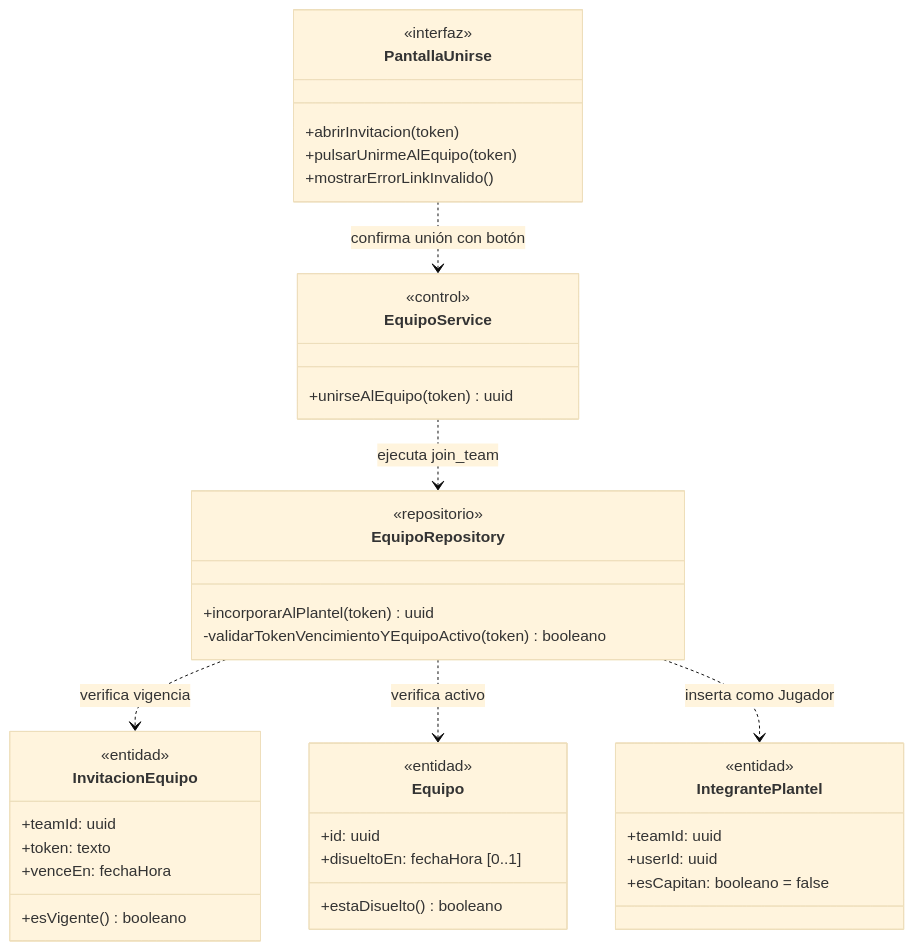
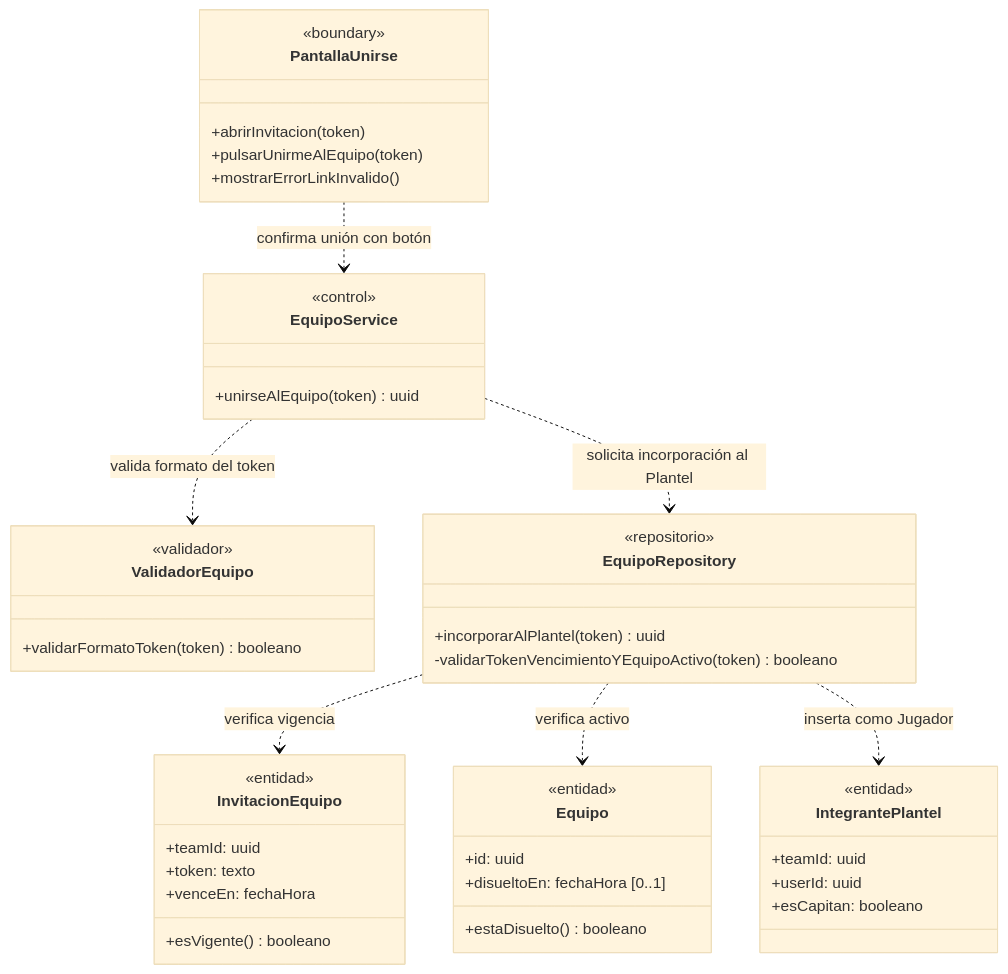
One commit to nicqletal/torneos-scraper changed the fourth of 11 diagrams in docs/diagramas-de-clase/equipos.md. Above: the diagram before and after it, drawn with Mermaid (base theme). The commit also changed other lines of this file and 12 other files, not shown here.

Commit message:
Correcion Diagramas de Clase

````diff
--- a/docs/diagramas-de-clase/equipos.md
+++ b/docs/diagramas-de-clase/equipos.md
@@ -327,43 +266,48 @@
 ```mermaid
 classDiagram
 direction TB
 class PantallaUnirse {
-  <<interfaz>>
+  <<boundary>>
   +abrirInvitacion(token)
   +pulsarUnirmeAlEquipo(token)
   +mostrarErrorLinkInvalido()
 }
 class EquipoService {
   <<control>>
   +unirseAlEquipo(token) uuid
+}
+class ValidadorEquipo {
+  <<validador>>
+  +validarFormatoToken(token) booleano
 }
 class EquipoRepository {
   <<repositorio>>
   +incorporarAlPlantel(token) uuid
   -validarTokenVencimientoYEquipoActivo(token) booleano
 }
 class InvitacionEquipo {
   <<entidad>>
   +teamId: uuid
   +token: texto
   +venceEn: fechaHora
   +esVigente() booleano
 }
 class Equipo {
   <<entidad>>
   +id: uuid
   +disueltoEn: fechaHora [0..1]
   +estaDisuelto() booleano
 }
 class IntegrantePlantel {
   <<entidad>>
   +teamId: uuid
   +userId: uuid
-  +esCapitan: booleano = false
+  +esCapitan: booleano
 }
 PantallaUnirse ..> EquipoService : confirma unión con botón
-EquipoService ..> EquipoRepository : ejecuta join_team
+EquipoService ..> ValidadorEquipo : valida formato del token
+EquipoService ..> EquipoRepository : solicita incorporación al Plantel
 EquipoRepository ..> InvitacionEquipo : verifica vigencia
 EquipoRepository ..> Equipo : verifica activo
 EquipoRepository ..> IntegrantePlantel : inserta como Jugador
 ```
````
